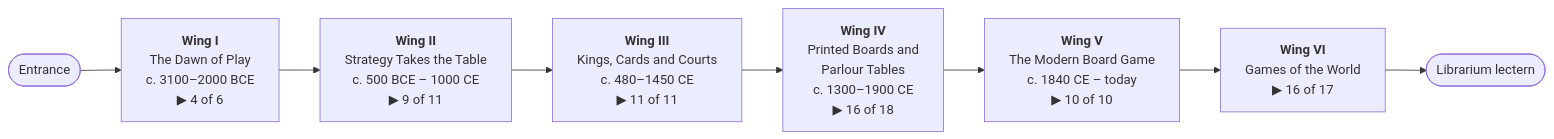
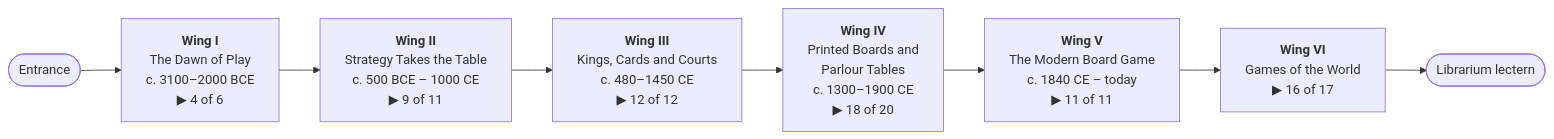
One commit to CptNope/Librarium-Archives changed the first of 2 diagrams in README.md. Above: the diagram before and after it, drawn with Mermaid. The commit also changed other lines of this file and 47 other files, not shown here.

````diff
--- a/README.md
+++ b/README.md
@@ -15,10 +15,10 @@
 ```mermaid
 flowchart LR
     E([Entrance]) --> W1
     W1["<b>Wing I</b><br/>The Dawn of Play<br/>c. 3100–2000 BCE<br/>▶ 4 of 6"] --> W2
     W2["<b>Wing II</b><br/>Strategy Takes the Table<br/>c. 500 BCE – 1000 CE<br/>▶ 9 of 11"] --> W3
-    W3["<b>Wing III</b><br/>Kings, Cards and Courts<br/>c. 480–1450 CE<br/>▶ 11 of 11"] --> W4
-    W4["<b>Wing IV</b><br/>Printed Boards and<br/>Parlour Tables<br/>c. 1300–1900 CE<br/>▶ 16 of 18"] --> W5
-    W5["<b>Wing V</b><br/>The Modern Board Game<br/>c. 1840 CE – today<br/>▶ 10 of 10"] --> W6
+    W3["<b>Wing III</b><br/>Kings, Cards and Courts<br/>c. 480–1450 CE<br/>▶ 12 of 12"] --> W4
+    W4["<b>Wing IV</b><br/>Printed Boards and<br/>Parlour Tables<br/>c. 1300–1900 CE<br/>▶ 18 of 20"] --> W5
+    W5["<b>Wing V</b><br/>The Modern Board Game<br/>c. 1840 CE – today<br/>▶ 11 of 11"] --> W6
     W6["<b>Wing VI</b><br/>Games of the World<br/>▶ 16 of 17"] --> L([Librarium lectern])
 ```
````
